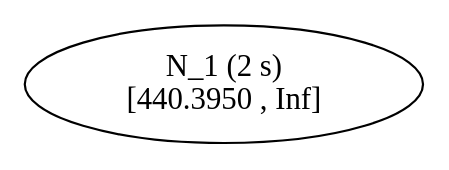
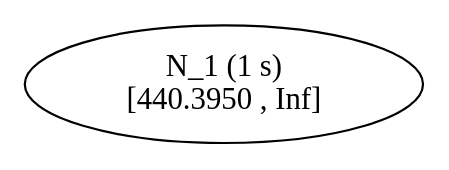
One commit to atoptima/Coluna.jl changed the diagram in dev/start/tree2.dot. Above: the diagram before and after it, drawn with Graphviz. The commit also changed 25 other files, not shown here.

```diff
--- a/dev/start/tree2.dot
+++ b/dev/start/tree2.dot
@@ -1,6 +1,6 @@
 ## dot -Tpdf thisfile > thisfile.pdf 
 
 digraph Branching_Tree {
 	edge[fontname = "Courier", fontsize = 10];
-	n1 [label= "N_1 (2 s) \n[440.3950 , Inf]"];
+	n1 [label= "N_1 (1 s) \n[440.3950 , Inf]"];
 }
```
